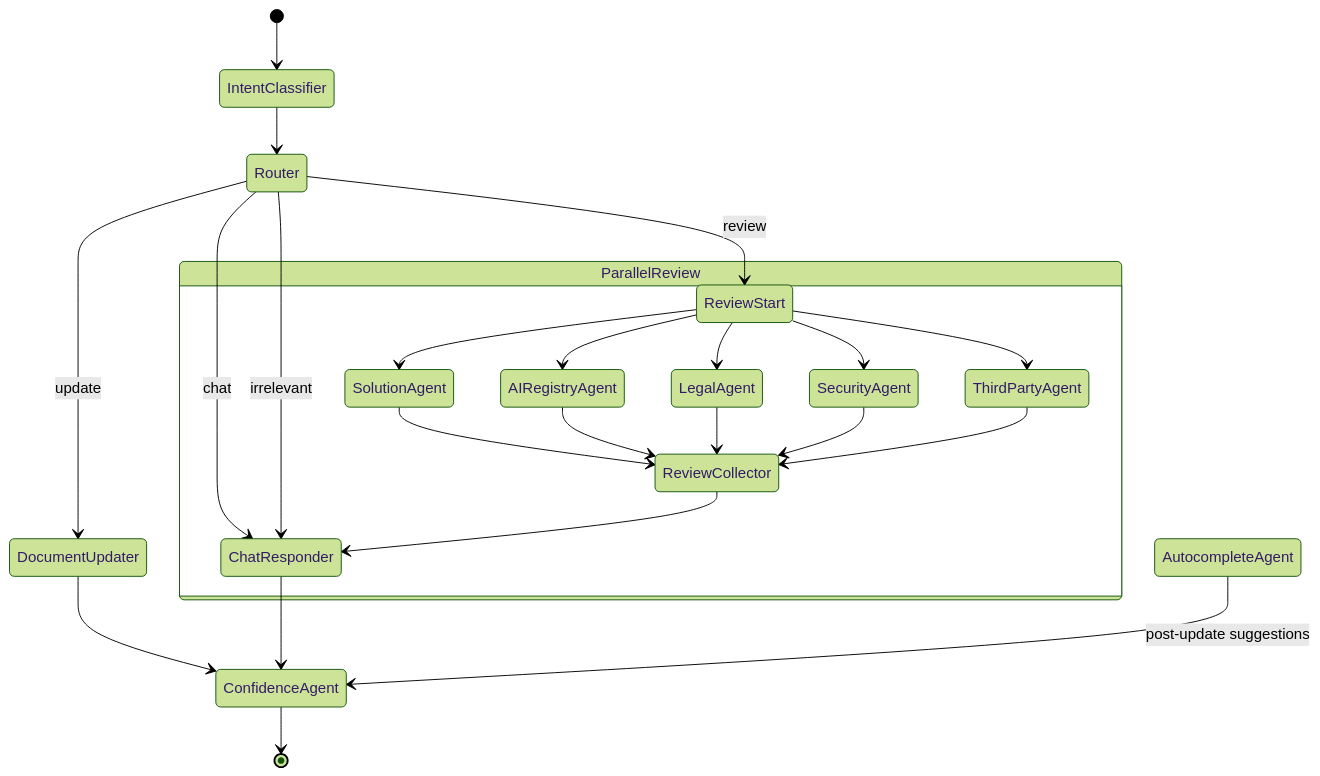
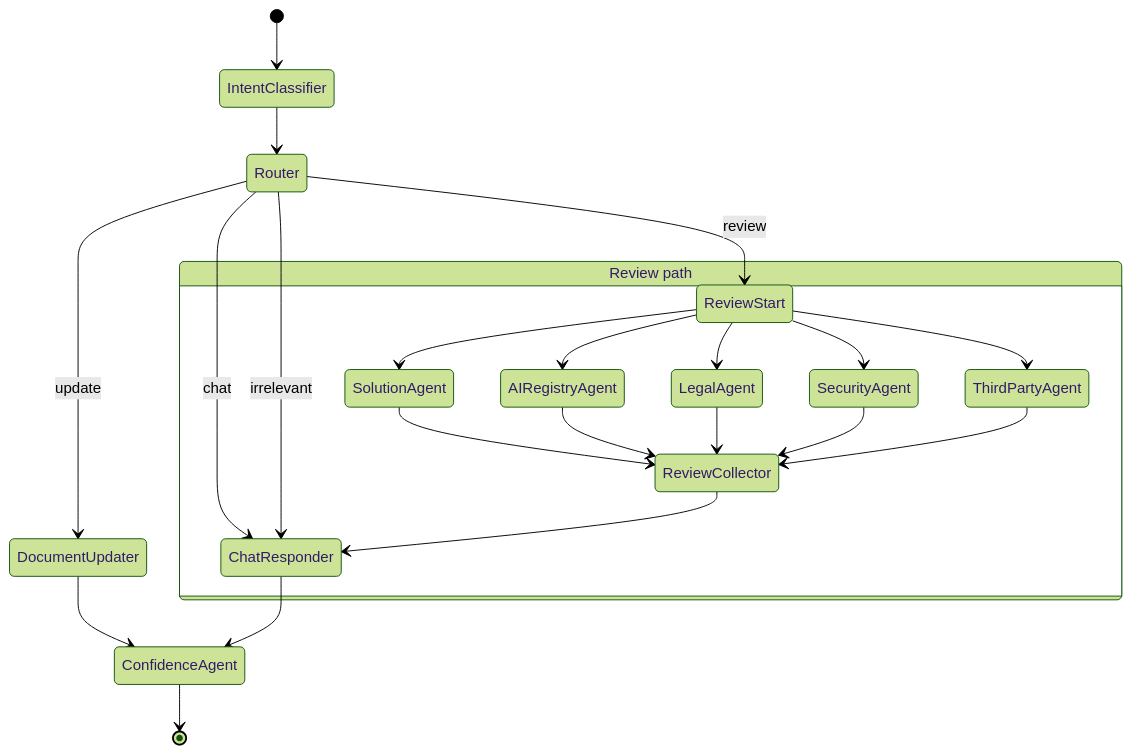
One commit to Harsha-Reddy21/multi-agent-idea-generator changed the second of 4 diagrams in mermaid.md. Above: the diagram before and after it, drawn with Mermaid (forest theme). The commit also changed other lines of this file, not shown here.

Commit message:
Updated mermaid

````diff
--- a/mermaid.md
+++ b/mermaid.md
@@ -67,33 +59,29 @@
 ```mermaid
 stateDiagram-v2
     [*] --> IntentClassifier
     
     IntentClassifier --> Router
     
     Router --> ReviewStart: review
     Router --> DocumentUpdater: update
     Router --> ChatResponder: chat
     Router --> ChatResponder: irrelevant
     
-    state ParallelReview {
+    state "Review path" as review {
         ReviewStart --> SolutionAgent
         ReviewStart --> AIRegistryAgent
         ReviewStart --> LegalAgent
         ReviewStart --> SecurityAgent
         ReviewStart --> ThirdPartyAgent
-        
         SolutionAgent --> ReviewCollector
         AIRegistryAgent --> ReviewCollector
         LegalAgent --> ReviewCollector
         SecurityAgent --> ReviewCollector
         ThirdPartyAgent --> ReviewCollector
-        
         ReviewCollector --> ChatResponder
     }
     
     DocumentUpdater --> ConfidenceAgent
     ChatResponder --> ConfidenceAgent
     ConfidenceAgent --> [*]
-    
-    AutocompleteAgent --> ConfidenceAgent : post-update suggestions
 ```
````
